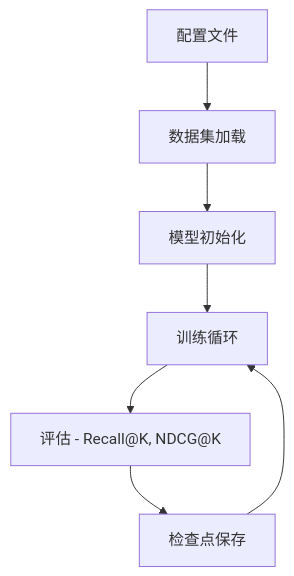
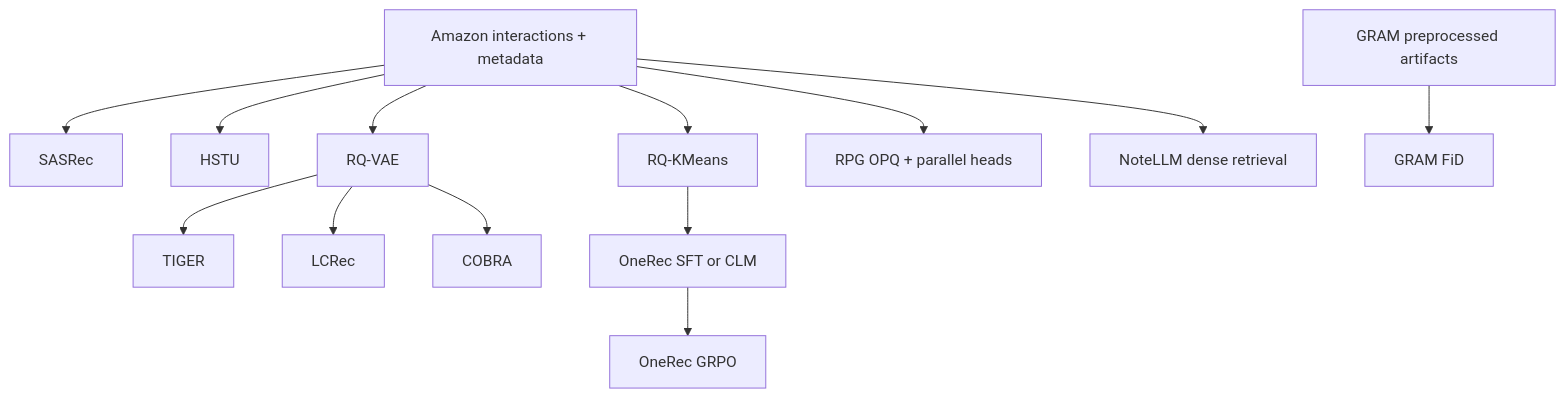
Before and after one commit to phonism/genrec: the diagram in docs/zh/getting-started.md, drawn with Mermaid. The commit also changed other lines of this file and 90 other files, not shown here.

````diff
--- a/docs/zh/getting-started.md
+++ b/docs/zh/getting-started.md
@@ -145,9 +66,15 @@
 ```mermaid
-graph TD
-    A[配置文件] --> B[数据集加载]
-    B --> C[模型初始化]
-    C --> D[训练循环]
-    D --> E[评估 - Recall@K, NDCG@K]
-    E --> F[检查点保存]
-    F --> D
+flowchart TD
+    D[Amazon interactions + metadata] --> S[SASRec]
+    D --> H[HSTU]
+    D --> RV[RQ-VAE]
+    RV --> T[TIGER]
+    RV --> L[LCRec]
+    RV --> C[COBRA]
+    D --> RK[RQ-KMeans]
+    RK --> OS[OneRec SFT or CLM]
+    OS --> OG[OneRec GRPO]
+    D --> R[RPG OPQ + parallel heads]
+    D --> N[NoteLLM dense retrieval]
+    G[GRAM preprocessed artifacts] --> GM[GRAM FiD]
 ```
````
